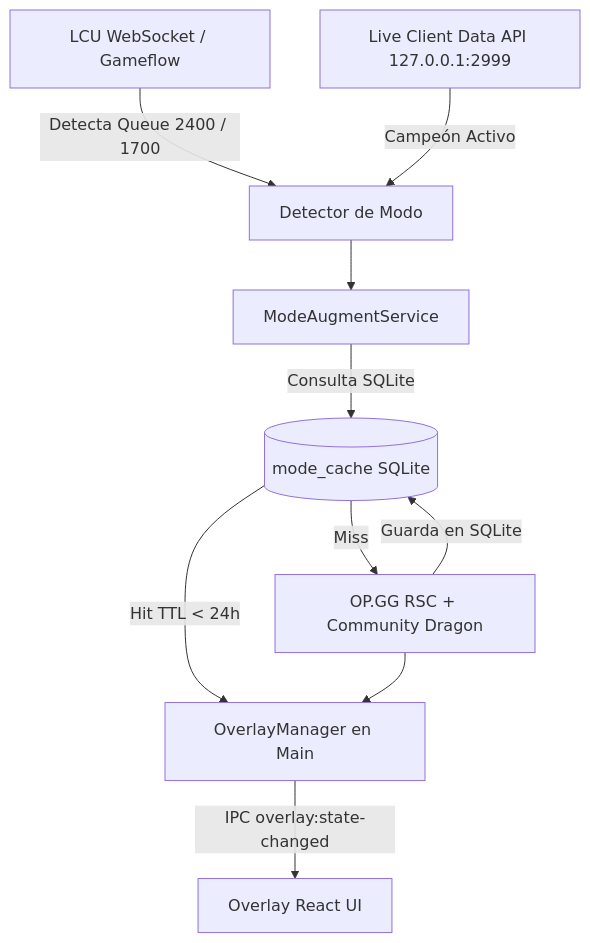
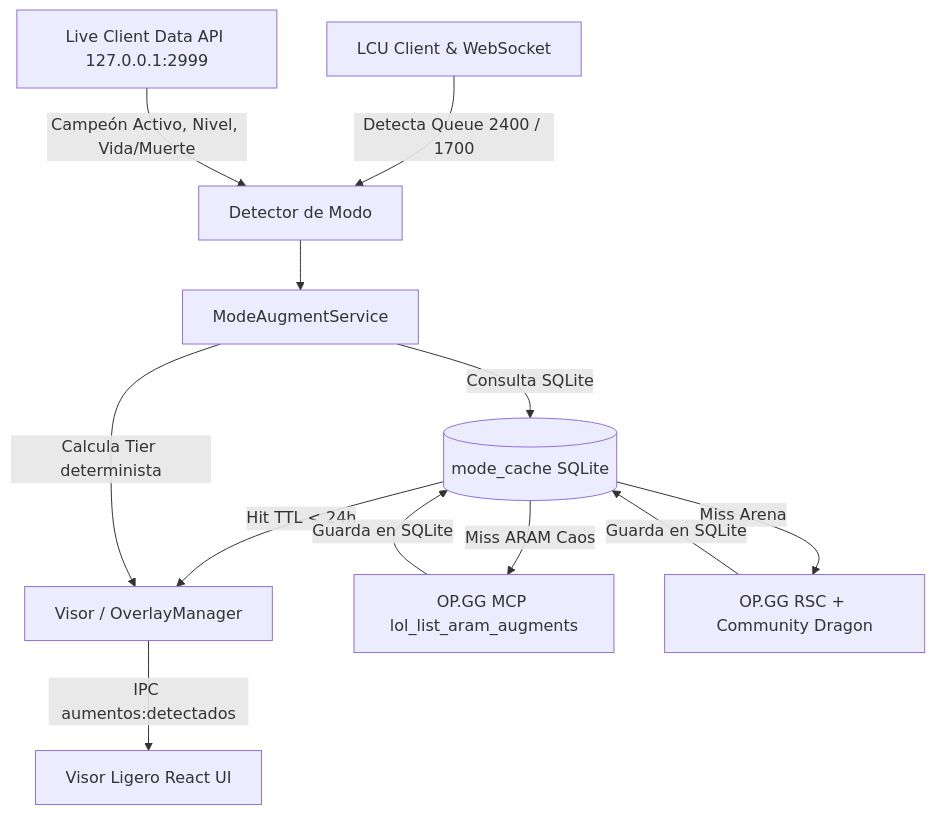
Before and after one commit to infinitummm/EAsy: the second of 2 diagrams in docs/ARCHITECTURE.md, drawn with Mermaid. The commit also changed other lines of this file and 16 other files, not shown here.

Commit message:
feat(visor): fase 0 verificacion de aumentos, contratos de dominio y optimizacion de rendimiento

````diff
--- a/docs/ARCHITECTURE.md
+++ b/docs/ARCHITECTURE.md
@@ -241,12 +242,14 @@
 ```mermaid
 flowchart TD
-    LCU[LCU WebSocket / Gameflow] -->|Detecta Queue 2400 / 1700| ModeDetector[Detector de Modo]
-    LCD[Live Client Data API 127.0.0.1:2999] -->|Campeón Activo| ModeDetector
+    LCU[LCU Client & WebSocket] -->|Detecta Queue 2400 / 1700| ModeDetector[Detector de Modo]
+    LCD[Live Client Data API 127.0.0.1:2999] -->|Campeón Activo, Nivel, Vida/Muerte| ModeDetector
     ModeDetector --> ModeService[ModeAugmentService]
     ModeService -->|Consulta SQLite| ModeCache[(mode_cache SQLite)]
-    ModeCache -->|Hit TTL < 24h| OverlayManager
-    ModeCache -->|Miss| Extractor[OP.GG RSC + Community Dragon]
+    ModeCache -->|Hit TTL < 24h| VisorManager
+    ModeCache -->|Miss ARAM Caos| OpGgMcp[OP.GG MCP lol_list_aram_augments]
+    ModeCache -->|Miss Arena| Extractor[OP.GG RSC + Community Dragon]
+    OpGgMcp -->|Guarda en SQLite| ModeCache
     Extractor -->|Guarda en SQLite| ModeCache
-    Extractor --> OverlayManager[OverlayManager en Main]
-    OverlayManager -->|IPC overlay:state-changed| OverlayUI[Overlay React UI]
+    ModeService -->|Calcula Tier determinista| VisorManager[Visor / OverlayManager]
+    VisorManager -->|IPC aumentos:detectados| VisorUI[Visor Ligero React UI]
 ```
````
